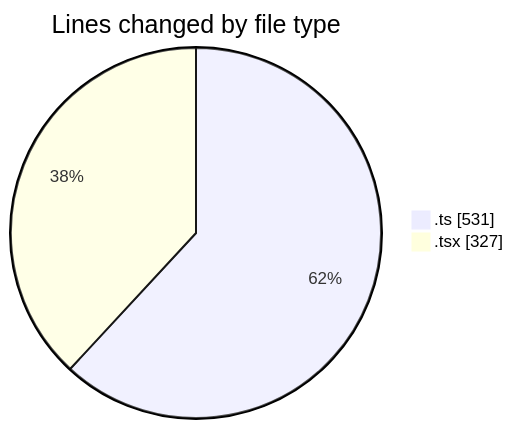
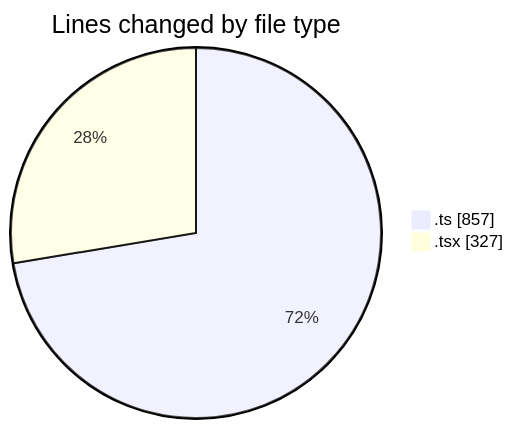
Before and after one commit to momahboobian/code-tracking: the first of 2 diagrams in 2025-09-02/cda/README.md, drawn with Mermaid. The commit also changed other lines of this file and 1 other file, not shown here.

````diff
--- a/2025-09-02/cda/README.md
+++ b/2025-09-02/cda/README.md
@@ -27,6 +28,6 @@
 ```mermaid
 pie showData
 title Lines changed by file type
-".ts" : 531
+".ts" : 857
 ".tsx" : 327
 ```
````
